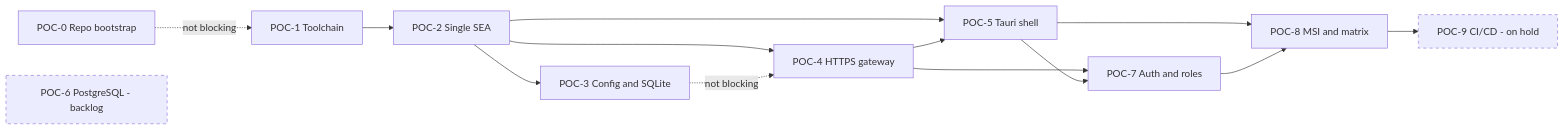
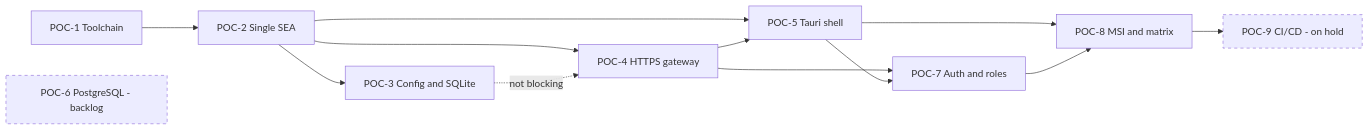
Before and after one commit to virgenherrera/lan-solution-template: the second of 5 diagrams in docs/roadmap/PROPOSAL.md, drawn with Mermaid. The commit also changed other lines of this file and 59 other files, not shown here.

Commit message:
feat: POC-1 monorepo, Nest apps and one SEA sidecar (1a to 1c) (#4)

````diff
--- a/docs/roadmap/PROPOSAL.md
+++ b/docs/roadmap/PROPOSAL.md
@@ -77,18 +76,17 @@
 ```mermaid
 flowchart LR
-    P0["POC-0 Repo bootstrap"] -.->|"not blocking"| P1["POC-1 Toolchain"]
-    P1 --> P2["POC-2 Single SEA"]
+    P1["POC-1 Toolchain"] --> P2["POC-2 Single SEA"]
     P2 --> P3["POC-3 Config and SQLite"]
     P2 --> P4["POC-4 HTTPS gateway"]
     P3 -.->|"not blocking"| P4
     P2 --> P5["POC-5 Tauri shell"]
     P4 --> P5
     P4 --> P7["POC-7 Auth and roles"]
     P5 --> P7
     P5 --> P8["POC-8 MSI and matrix"]
     P7 --> P8
     P8 --> P9["POC-9 CI/CD - on hold"]
     P6["POC-6 PostgreSQL - backlog"]
     classDef pause stroke-dasharray:5 5
     class P9,P6 pause
 ```
````
